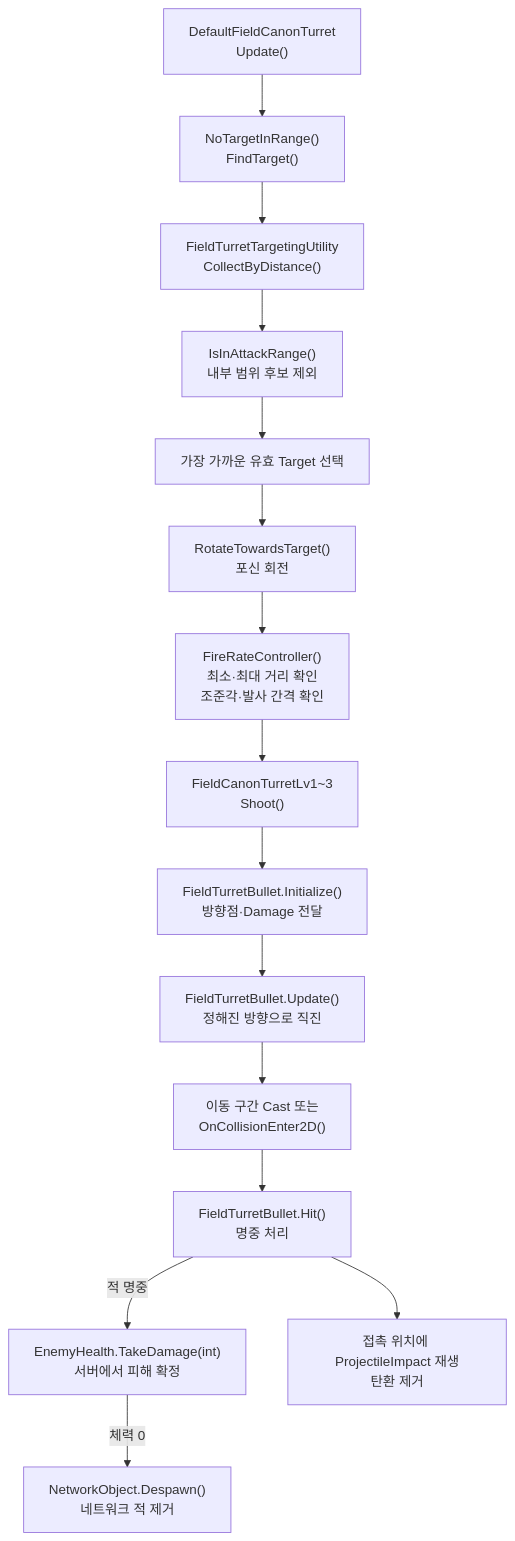
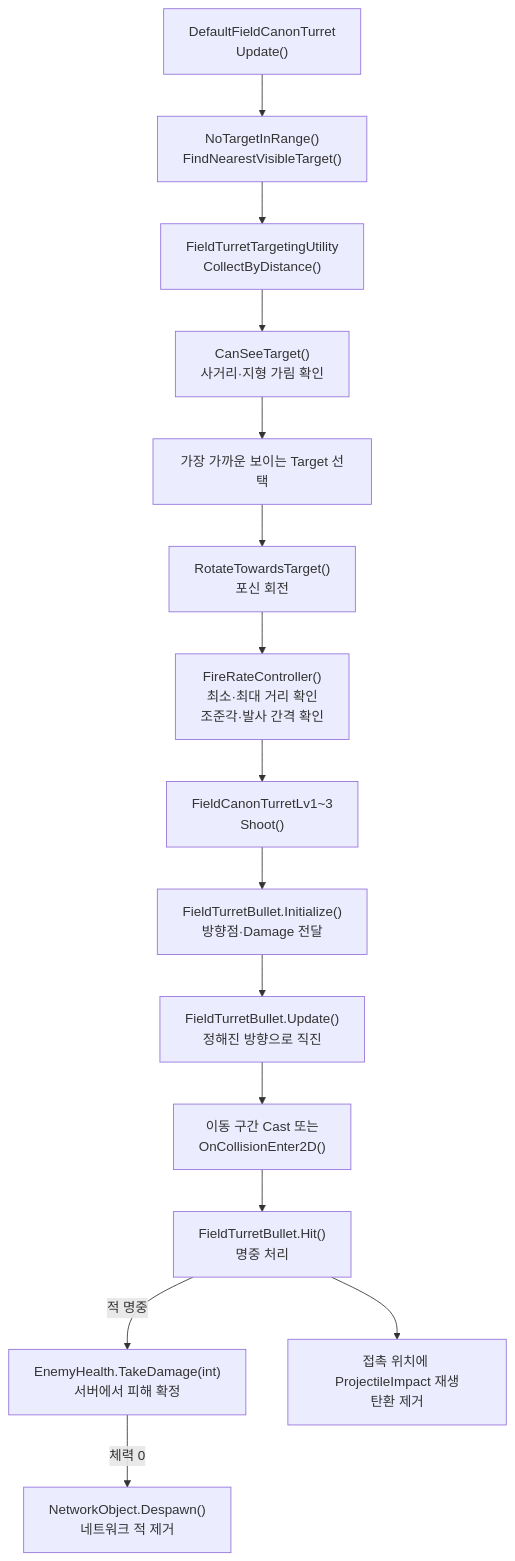
Before and after one commit to Team-HJD-21/unity-6-the-developer: the ninth of 17 diagrams in Docs/02_architecture/07_turrets/turret-system-guide.md, drawn with Mermaid. The commit also changed other lines of this file and 51 other files, not shown here.

````diff
--- a/Docs/02_architecture/07_turrets/turret-system-guide.md
+++ b/Docs/02_architecture/07_turrets/turret-system-guide.md
@@ -442,17 +442,17 @@
 ```mermaid
 flowchart TD
-    Update["DefaultFieldCanonTurret<br>Update()"] --> Search["NoTargetInRange()<br>FindTarget()"]
+    Update["DefaultFieldCanonTurret<br>Update()"] --> Search["NoTargetInRange()<br>FindNearestVisibleTarget()"]
     Search --> Collect["FieldTurretTargetingUtility<br>CollectByDistance()"]
-    Collect --> RangeCheck["IsInAttackRange()<br>내부 범위 후보 제외"]
-    RangeCheck --> Target["가장 가까운 유효 Target 선택"]
+    Collect --> RangeCheck["CanSeeTarget()<br>사거리·지형 가림 확인"]
+    RangeCheck --> Target["가장 가까운 보이는 Target 선택"]
     Target --> Rotate["RotateTowardsTarget()<br>포신 회전"]
     Rotate --> Fire["FireRateController()<br>최소·최대 거리 확인<br>조준각·발사 간격 확인"]
     Fire --> Shoot["FieldCanonTurretLv1~3<br>Shoot()"]
     Shoot --> Init["FieldTurretBullet.Initialize()<br>방향점·Damage 전달"]
     Init --> Move["FieldTurretBullet.Update()<br>정해진 방향으로 직진"]
     Move --> Collision["이동 구간 Cast 또는<br>OnCollisionEnter2D()"]
     Collision --> Hit["FieldTurretBullet.Hit()<br>명중 처리"]
     Hit -->|적 명중| Damage["EnemyHealth.TakeDamage(int)<br>서버에서 피해 확정"]
     Hit --> Impact["접촉 위치에 ProjectileImpact 재생<br>탄환 제거"]
     Damage -->|체력 0| Die["NetworkObject.Despawn()<br>네트워크 적 제거"]
 ```
````
